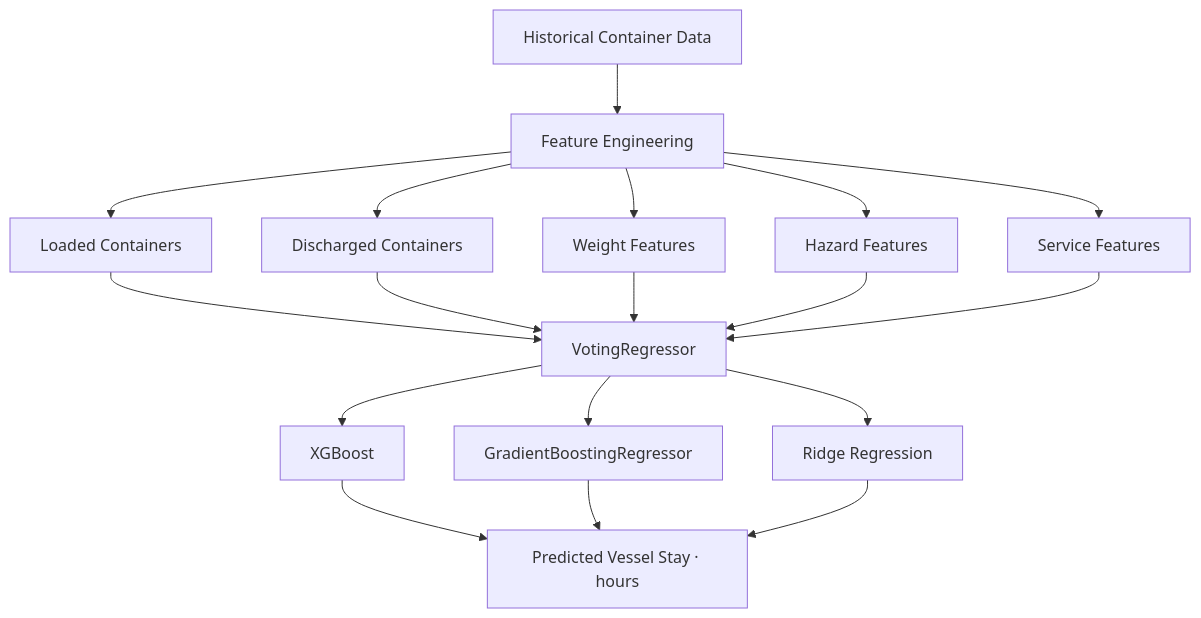
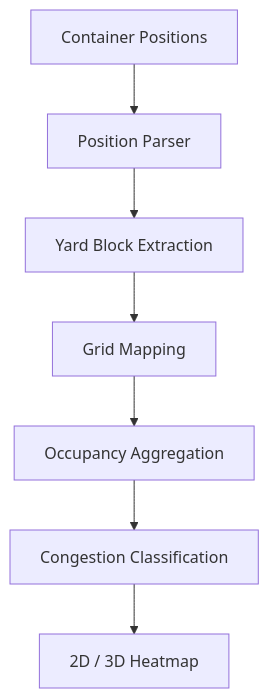
One commit to SHATHISH-07/port-system changed the fifth of 8 diagrams in README.md. Above: the diagram before and after it, drawn with Mermaid. The commit also changed other lines of this file, not shown here.

````diff
--- a/README.md
+++ b/README.md
@@ -403,24 +506,12 @@
 ```mermaid
-graph TD
-    A[Historical Container Data] --> B[Feature Engineering]
+flowchart TD
 
-    B --> C[Loaded Containers]
-    B --> D[Discharged Containers]
-    B --> E[Weight Features]
-    B --> F[Hazard Features]
-    B --> G[Service Features]
+    A[Container Positions]
+    --> B[Position Parser]
 
-    C --> H[VotingRegressor]
-    D --> H
-    E --> H
-    F --> H
-    G --> H
-
-    H --> I[XGBoost]
-    H --> J[GradientBoostingRegressor]
-    H --> K[Ridge Regression]
-
-    I --> L[Predicted Vessel Stay · hours]
-    J --> L
-    K --> L
+    B --> C[Yard Block Extraction]
+    C --> D[Grid Mapping]
+    D --> E[Occupancy Aggregation]
+    E --> F[Congestion Classification]
+    F --> G[2D / 3D Heatmap]
 ```
````
